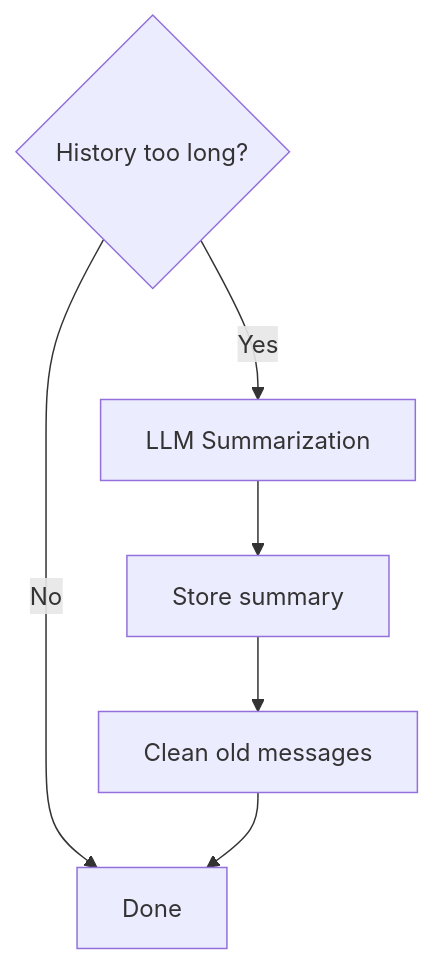
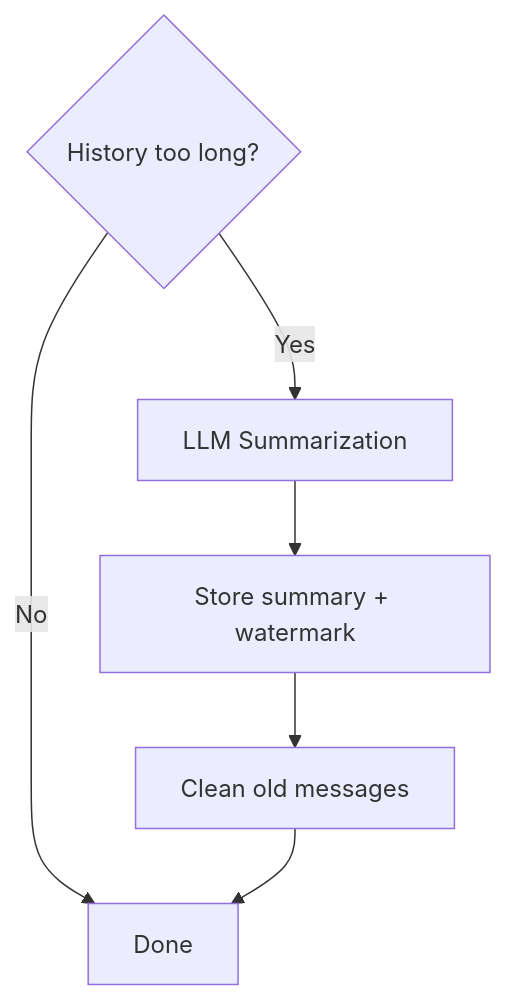
One commit to yeheng/nanobot-rs changed the sixth of 11 diagrams in docs/session-en.md. Above: the diagram before and after it, drawn with Mermaid. The commit also changed other lines of this file and 35 other files, not shown here.

````diff
--- a/docs/session-en.md
+++ b/docs/session-en.md
@@ -141,8 +141,8 @@
 ```mermaid
 flowchart TB
     Check{"History too long?"} -->|Yes| Summarize["LLM Summarization"]
     Check -->|No| Done["Done"]
-    Summarize --> Store["Store summary"]
+    Summarize --> Store["Store summary + watermark"]
     Store --> Clean["Clean old messages"]
     Clean --> Done
 ```
````
